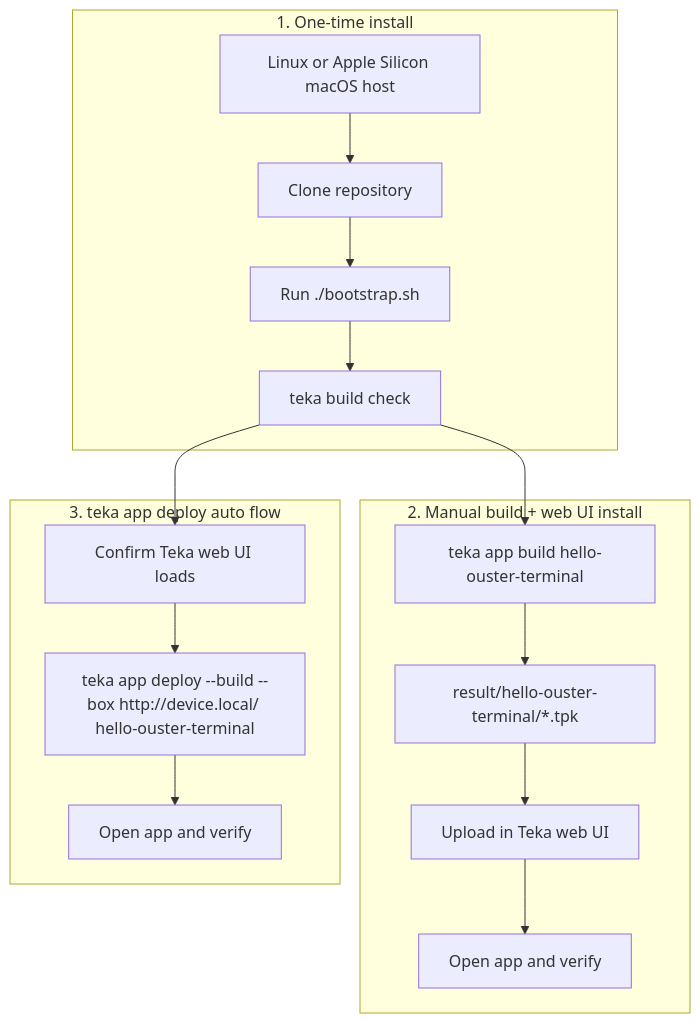
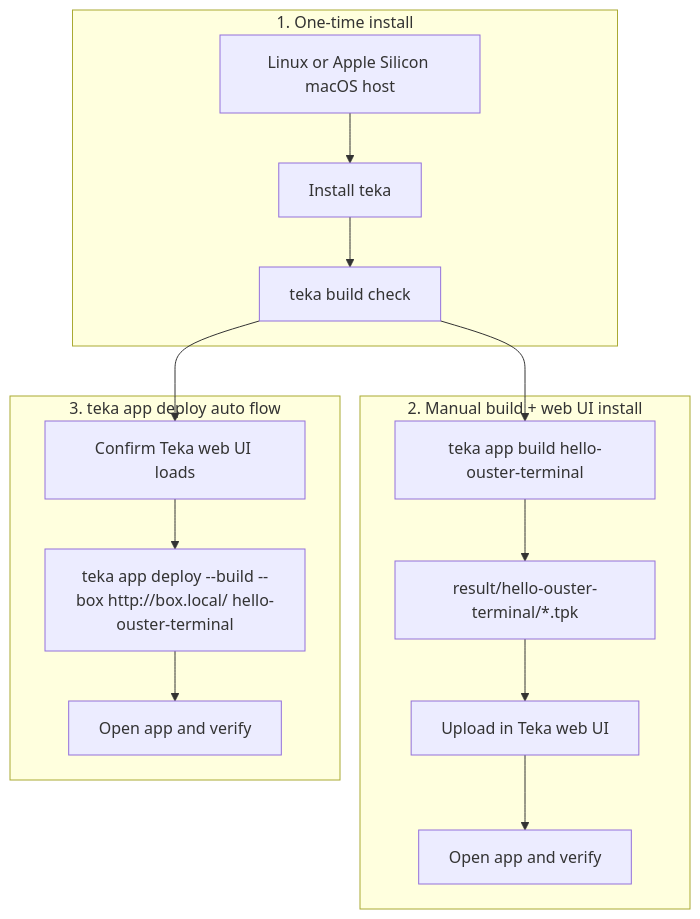
The diagram in docs/developer-guide.md (ouster-lidar/teka-sdk), drawn with Mermaid before and after one commit. The commit also changed other lines of this file and 45 other files, not shown here.

````diff
--- a/docs/developer-guide.md
+++ b/docs/developer-guide.md
@@ -7,28 +7,27 @@
 ```mermaid
 flowchart TD
     subgraph setup [1. One-time install]
         A[Linux or Apple Silicon macOS host]
-        B[Clone repository]
-        C[Run ./bootstrap.sh]
+        B[Install teka]
         K[teka build check]
-        A --> B --> C --> K
+        A --> B --> K
     end
 
     subgraph manual [2. Manual build + web UI install]
         D[teka app build hello-ouster-terminal]
         E[result/hello-ouster-terminal/*.tpk]
         F[Upload in Teka web UI]
         G[Open app and verify]
         D --> E --> F --> G
     end
 
     subgraph auto [3. teka app deploy auto flow]
         H[Confirm Teka web UI loads]
-        I[teka app deploy --build --box http://device.local/ hello-ouster-terminal]
+        I[teka app deploy --build --box http://box.local/ hello-ouster-terminal]
         J[Open app and verify]
         H --> I --> J
     end
 
     K --> D
     K --> H
 ```
````
